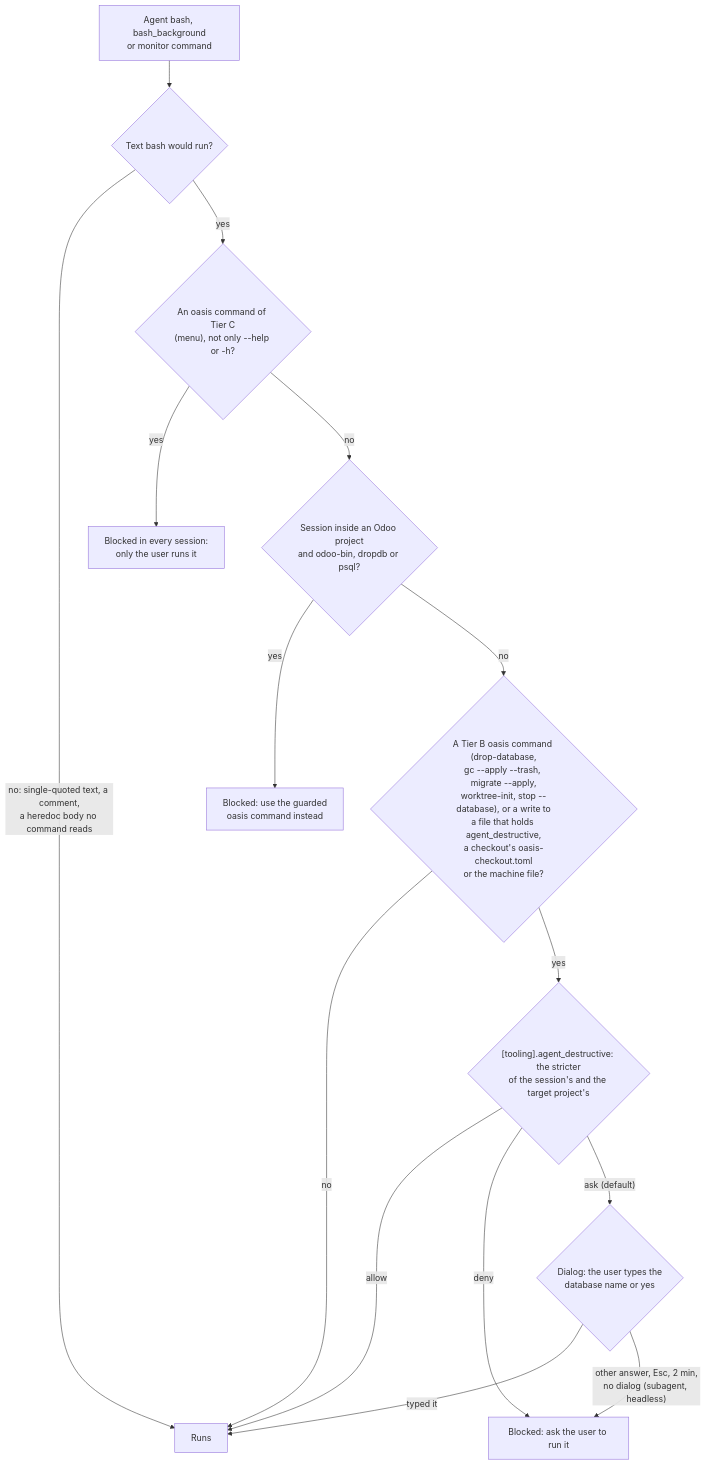
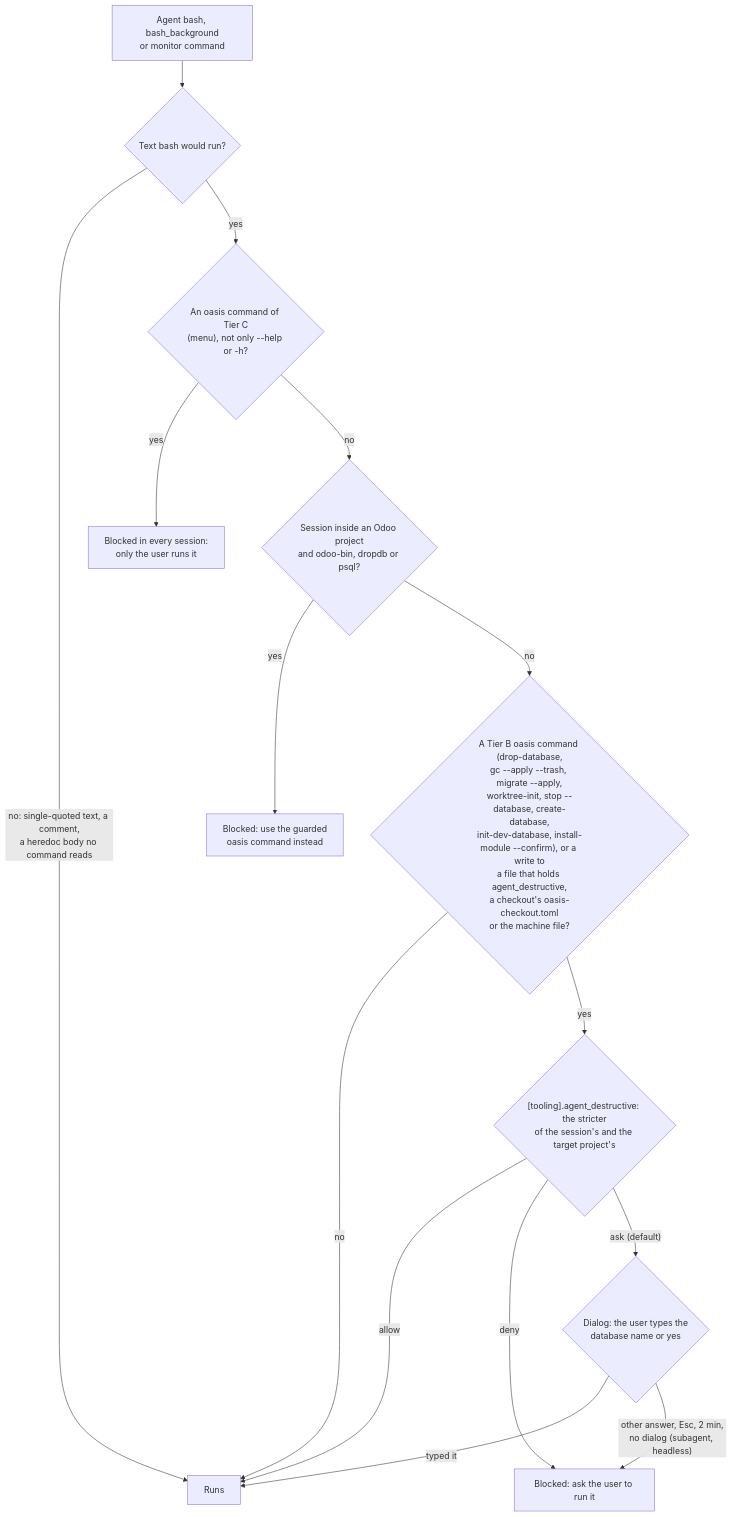
The diagram in docs/bash-guard.md (skhol3/oasis), drawn with Mermaid before and after one commit. The commit also changed other lines of this file and 43 other files, not shown here.

````diff
--- a/docs/bash-guard.md
+++ b/docs/bash-guard.md
@@ -24,17 +24,17 @@
 ```mermaid
 flowchart TD
     A["Agent bash, bash_background<br/>or monitor command"] --> B{"Text bash would run?"}
     B -->|"no: single-quoted text, a comment,<br/>a heredoc body no command reads"| OK["Runs"]
     B -->|yes| C{"An oasis command of Tier C<br/>(menu), not only --help or -h?"}
     C -->|yes| X["Blocked in every session:<br/>only the user runs it"]
     C -->|no| E{"Session inside an Odoo project<br/>and odoo-bin, dropdb or psql?"}
     E -->|yes| Y["Blocked: use the guarded<br/>oasis command instead"]
-    E -->|no| ASK{"A Tier B oasis command (drop-database,<br/>gc --apply --trash, migrate --apply,<br/>worktree-init, stop --database), or a write to<br/>a file that holds agent_destructive,<br/>a checkout's oasis-checkout.toml<br/>or the machine file?"}
+    E -->|no| ASK{"A Tier B oasis command (drop-database,<br/>gc --apply --trash, migrate --apply,<br/>worktree-init, stop --database, create-database,<br/>init-dev-database, install-module --confirm), or a write to<br/>a file that holds agent_destructive,<br/>a checkout's oasis-checkout.toml<br/>or the machine file?"}
     ASK -->|no| OK
     ASK -->|yes| S{"[tooling].agent_destructive: the stricter<br/>of the session's and the target project's"}
     S -->|allow| OK
     S -->|deny| Z["Blocked: ask the user to run it"]
     S -->|"ask (default)"| Q{"Dialog: the user types the<br/>database name or yes"}
     Q -->|"typed it"| OK
     Q -->|"other answer, Esc, 2 min,<br/>no dialog (subagent, headless)"| Z
 ```
````
